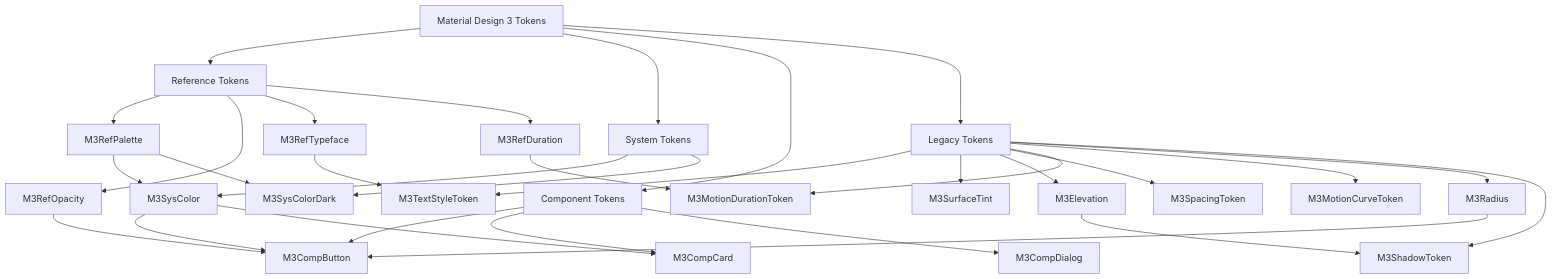
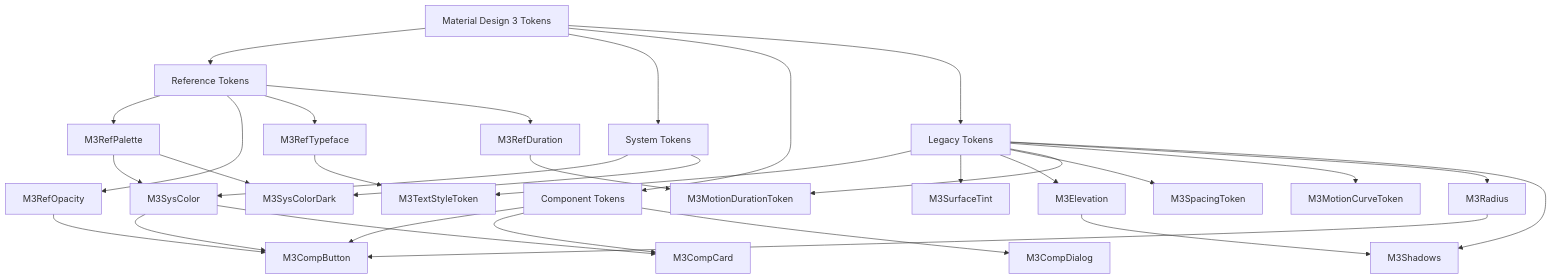
One commit to fluttely/material_design changed the first of 5 diagrams in documentation/material_design/pt_BR/maps/Token Map.md. Above: the diagram before and after it, drawn with Mermaid. The commit also changed 51 other files, not shown here.

````diff
--- a/documentation/material_design/pt_BR/maps/Token Map.md
+++ b/documentation/material_design/pt_BR/maps/Token Map.md
@@ -11,41 +11,41 @@
 ```mermaid
 graph TD
     A[Material Design 3 Tokens] --> B[Reference Tokens]
     A --> C[System Tokens]
     A --> D[Component Tokens]
     A --> E[Legacy Tokens]
 
     B --> B1[M3RefPalette]
     B --> B2[M3RefOpacity]
     B --> B3[M3RefTypeface]
     B --> B4[M3RefDuration]
 
     C --> C1[M3SysColor]
     C --> C2[M3SysColorDark]
 
     D --> D1[M3CompButton]
     D --> D2[M3CompCard]
     D --> D3[M3CompDialog]
 
     E --> E1[M3TextStyleToken]
     E --> E2[M3SurfaceTint]
     E --> E3[M3Elevation]
     E --> E4[M3SpacingToken]
     E --> E5[M3MotionDurationToken]
     E --> E6[M3MotionCurveToken]
     E --> E7[M3Radius]
-    E --> E8[M3ShadowToken]
+    E --> E8[M3Shadows]
 
     %% Conexões de dependência
     B1 --> C1
     B1 --> C2
     B2 --> D1
     B3 --> E1
     B4 --> E5
 
     C1 --> D1
     C1 --> D2
 
     E3 --> E8
     E7 --> D1
 ```
````
